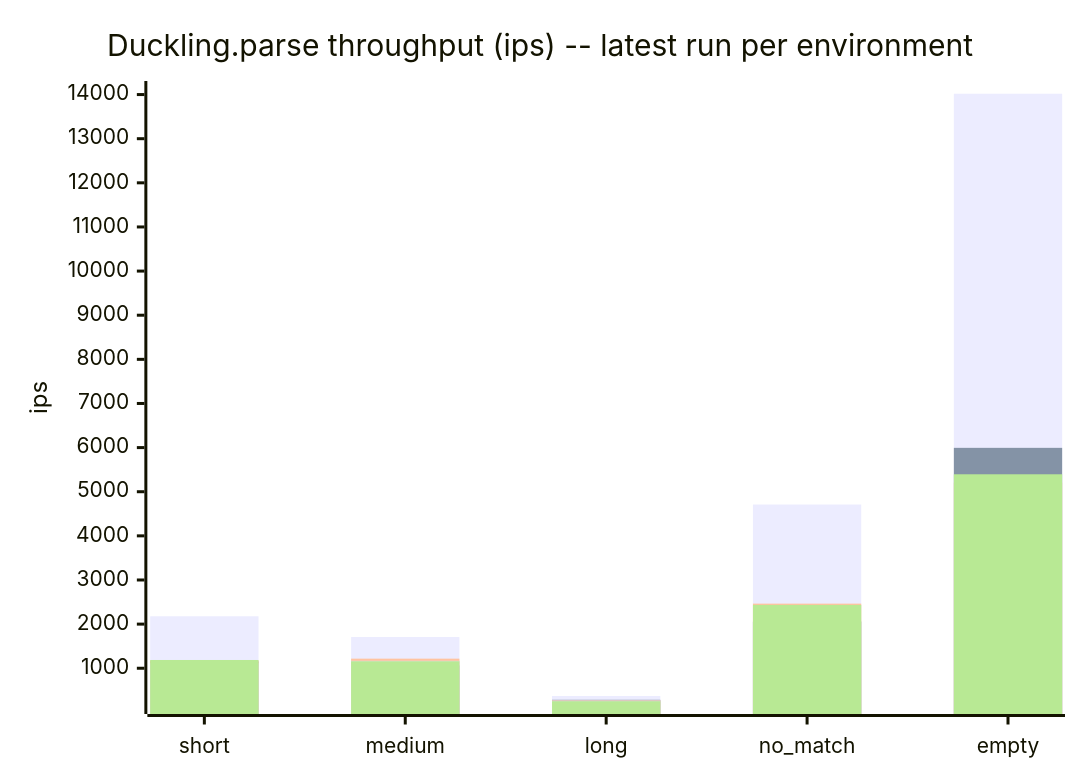
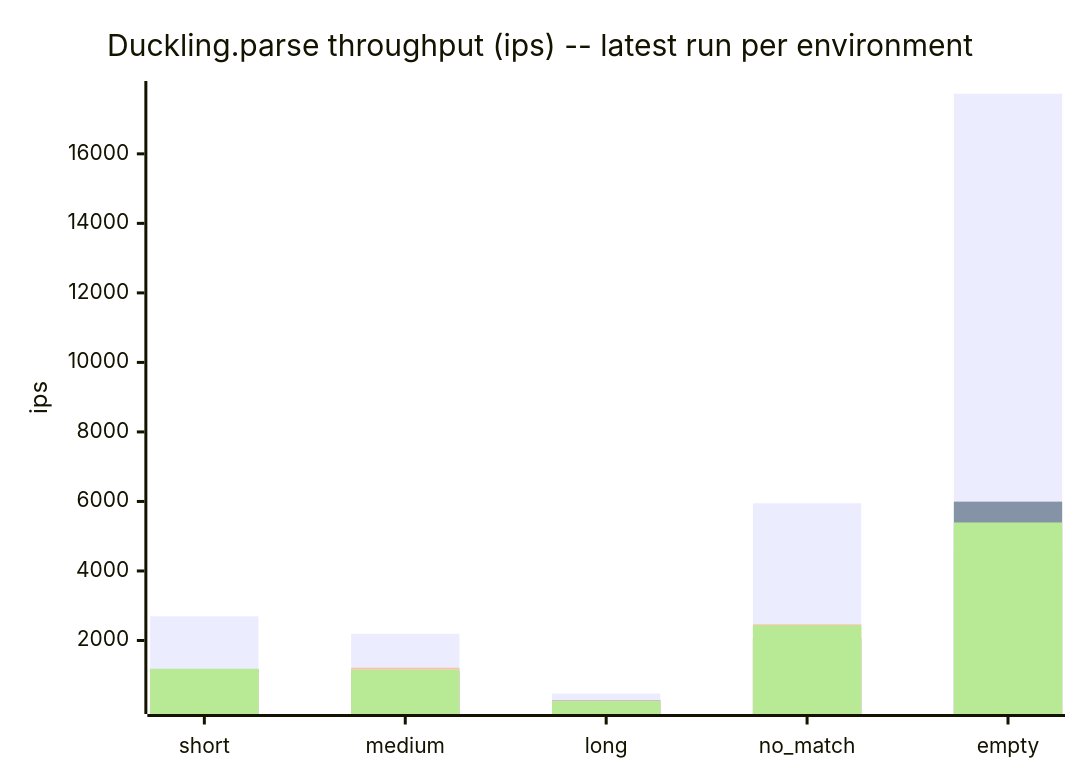
Before and after one commit to cpb/duckling: the sixth of 7 diagrams in docs/benchmarks/README.md, drawn with Mermaid. The commit also changed other lines of this file and 1 other file, not shown here.

Commit message:
Record github-actions benchmark results for 0.4.3

````diff
--- a/docs/benchmarks/README.md
+++ b/docs/benchmarks/README.md
@@ -211,11 +211,11 @@
 ```mermaid
 xychart-beta
     title "Duckling.parse throughput (ips) -- latest run per environment"
     x-axis [short, medium, long, no_match, empty]
     y-axis "ips"
-    bar "github-actions" [2177.5, 1707.1, 371.9, 4709.8, 14018.5]
+    bar "github-actions" [2696.3, 2193.5, 474.2, 5946.9, 17728.8]
     bar "claude-code-web" [1154.4, 1064.6, 284.8, 2058.0, 5994.3]
     bar "local-3.3" [1175.1, 1217.2, 273.9, 2464.0, 5206.5]
     bar "local-3.4" [1116.0, 1168.6, 267.9, 2056.4, 4592.3]
     bar "local-4.0" [1187.1, 1156.8, 252.0, 2435.1, 5395.4]
 ```
````
